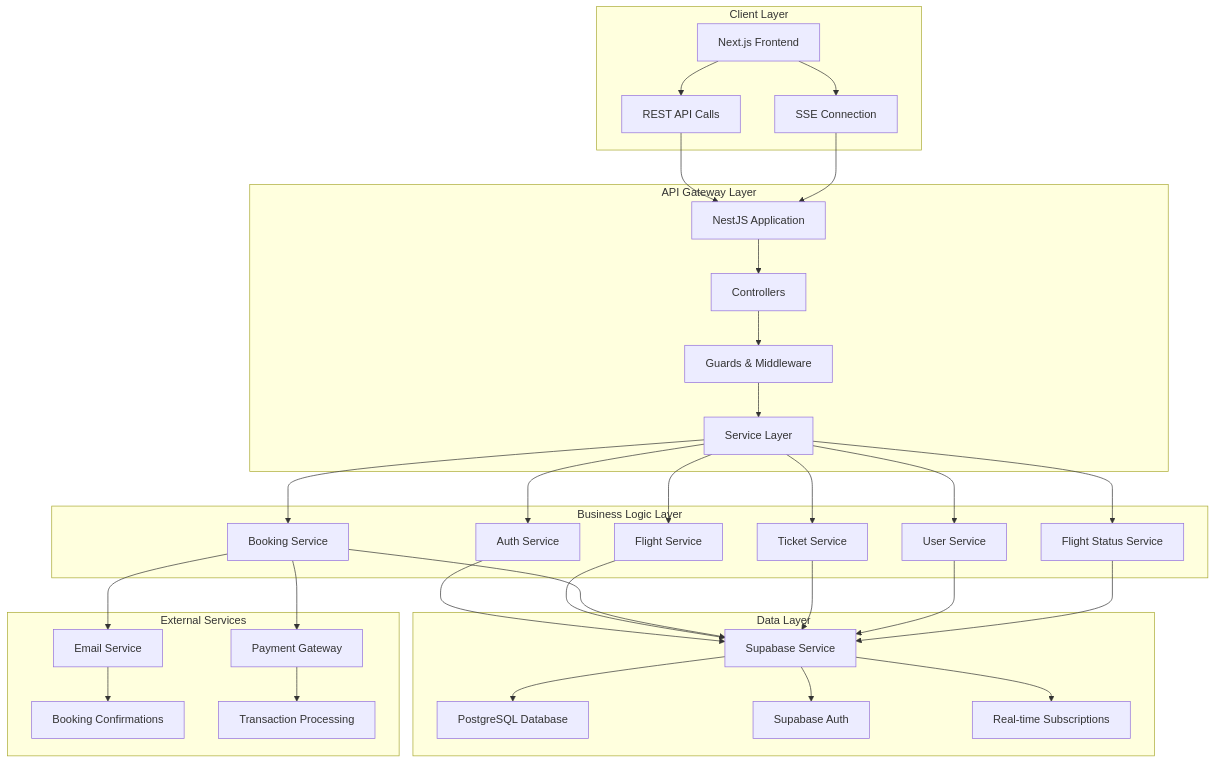
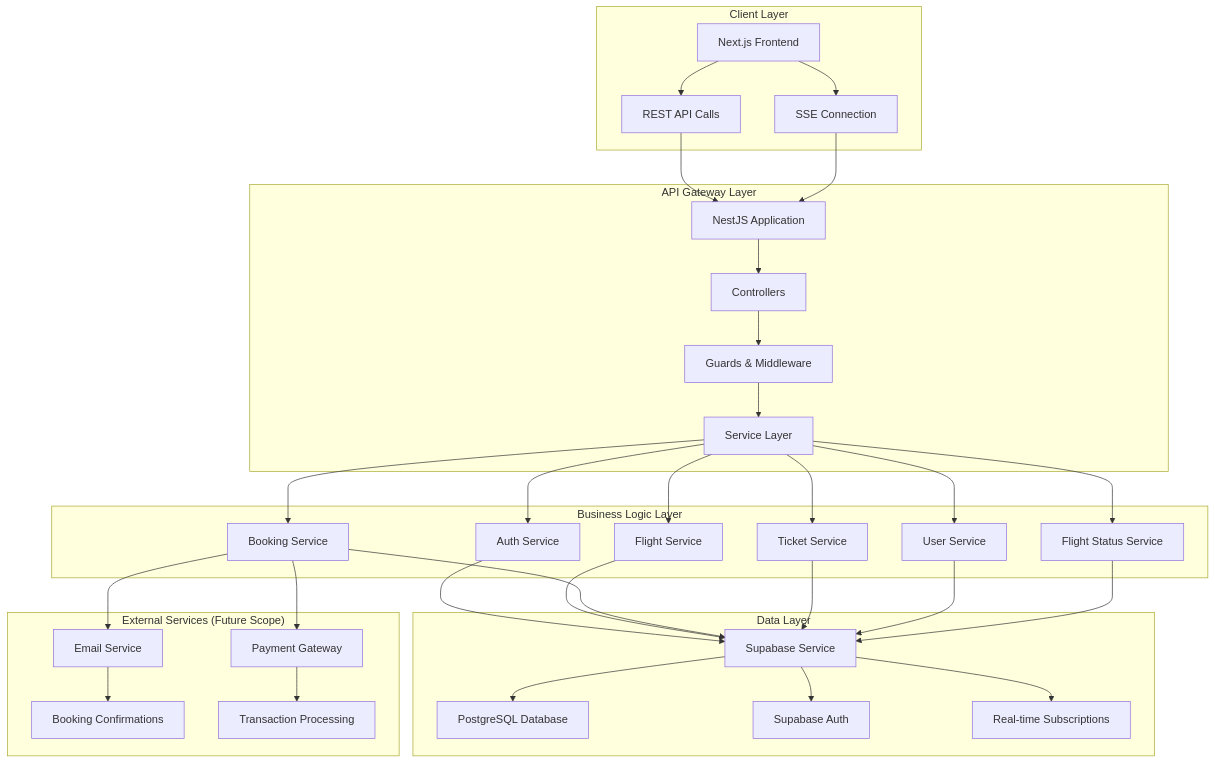
One commit to samyak-max/flight-booking-system-backend changed the first of 8 diagrams in README.md. Above: the diagram before and after it, drawn with Mermaid. The commit also changed other lines of this file, not shown here.

````diff
--- a/README.md
+++ b/README.md
@@ -52,45 +52,45 @@
 ```mermaid
 graph TB
     subgraph "Client Layer"
         A[Next.js Frontend] --> B[REST API Calls]
         A --> C[SSE Connection]
     end
     
     subgraph "API Gateway Layer"
         D[NestJS Application] --> E[Controllers]
         E --> F[Guards & Middleware]
         F --> G[Service Layer]
     end
     
     subgraph "Business Logic Layer"
         G --> H[Auth Service]
         G --> I[Flight Service]
         G --> J[Booking Service]
         G --> K[Ticket Service]
         G --> L[User Service]
         G --> M[Flight Status Service]
     end
     
     subgraph "Data Layer"
         N[Supabase Service] --> O[PostgreSQL Database]
         N --> P[Supabase Auth]
         N --> Q[Real-time Subscriptions]
     end
     
-    subgraph "External Services"
+    subgraph "External Services (Future Scope)"
         R[Email Service] --> S[Booking Confirmations]
         T[Payment Gateway] --> U[Transaction Processing]
     end
     
     B --> D
     C --> D
     H --> N
     I --> N
     J --> N
     K --> N
     L --> N
     M --> N
     
     J --> R
     J --> T
 ```
````
